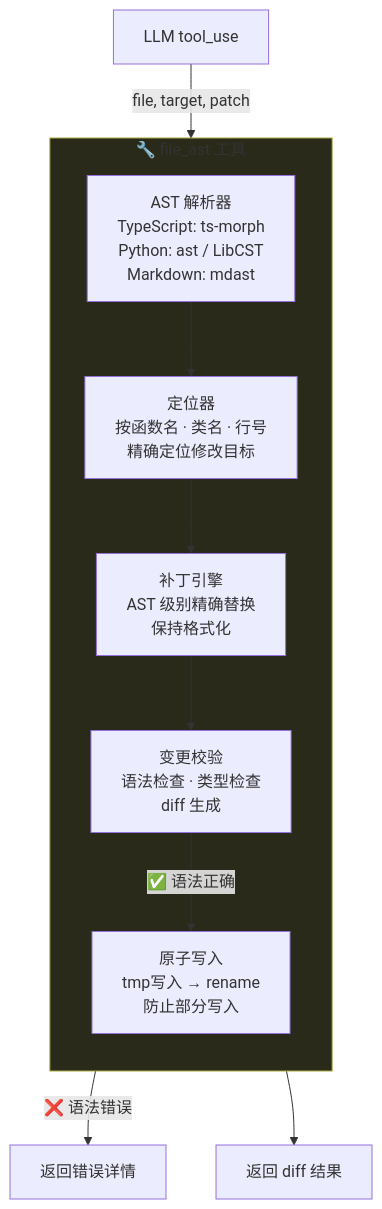
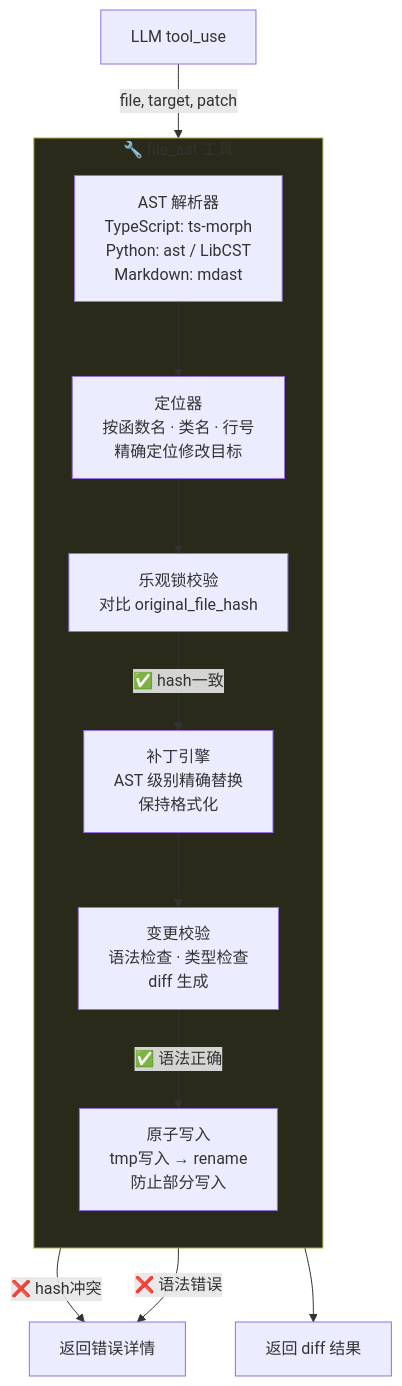
Before and after one commit to Yidhar/Embla_System: the fifth of 17 diagrams in doc/12-limbs-layer-modules.md, drawn with Mermaid. The commit also changed other lines of this file and 16 other files, not shown here.

First line of the commit message:
feat: Refactor architecture documentation for Brainstem, Brain, and Limbs layers

````diff
--- a/doc/12-limbs-layer-modules.md
+++ b/doc/12-limbs-layer-modules.md
@@ -239,21 +293,24 @@
 ```mermaid
 flowchart TB
     subgraph FileAST["🔧 file_ast 工具"]
         direction TB
         PARSE["AST 解析器<br/>TypeScript: ts-morph<br/>Python: ast / LibCST<br/>Markdown: mdast"]
         LOCATE["定位器<br/>按函数名 · 类名 · 行号<br/>精确定位修改目标"]
+        HASHCHK["乐观锁校验<br/>对比 original_file_hash"]
         PATCH["补丁引擎<br/>AST 级别精确替换<br/>保持格式化"]
         VALIDATE["变更校验<br/>语法检查 · 类型检查<br/>diff 生成"]
         WRITE["原子写入<br/>tmp写入 → rename<br/>防止部分写入"]
     end
 
     LLM["LLM tool_use"] -->|"file, target, patch"| PARSE
     PARSE --> LOCATE
-    LOCATE --> PATCH
+    LOCATE --> HASHCHK
+    HASHCHK -->|"✅ hash一致"| PATCH
+    HASHCHK -->|"❌ hash冲突"| ERROR["返回并发冲突错误"]
     PATCH --> VALIDATE
     VALIDATE -->|"✅ 语法正确"| WRITE
     VALIDATE -->|"❌ 语法错误"| ERROR["返回错误详情"]
     WRITE --> DIFF["返回 diff 结果"]
 
     style FileAST fill:#2a2a1a,stroke:#aaaa44
 ```
````
